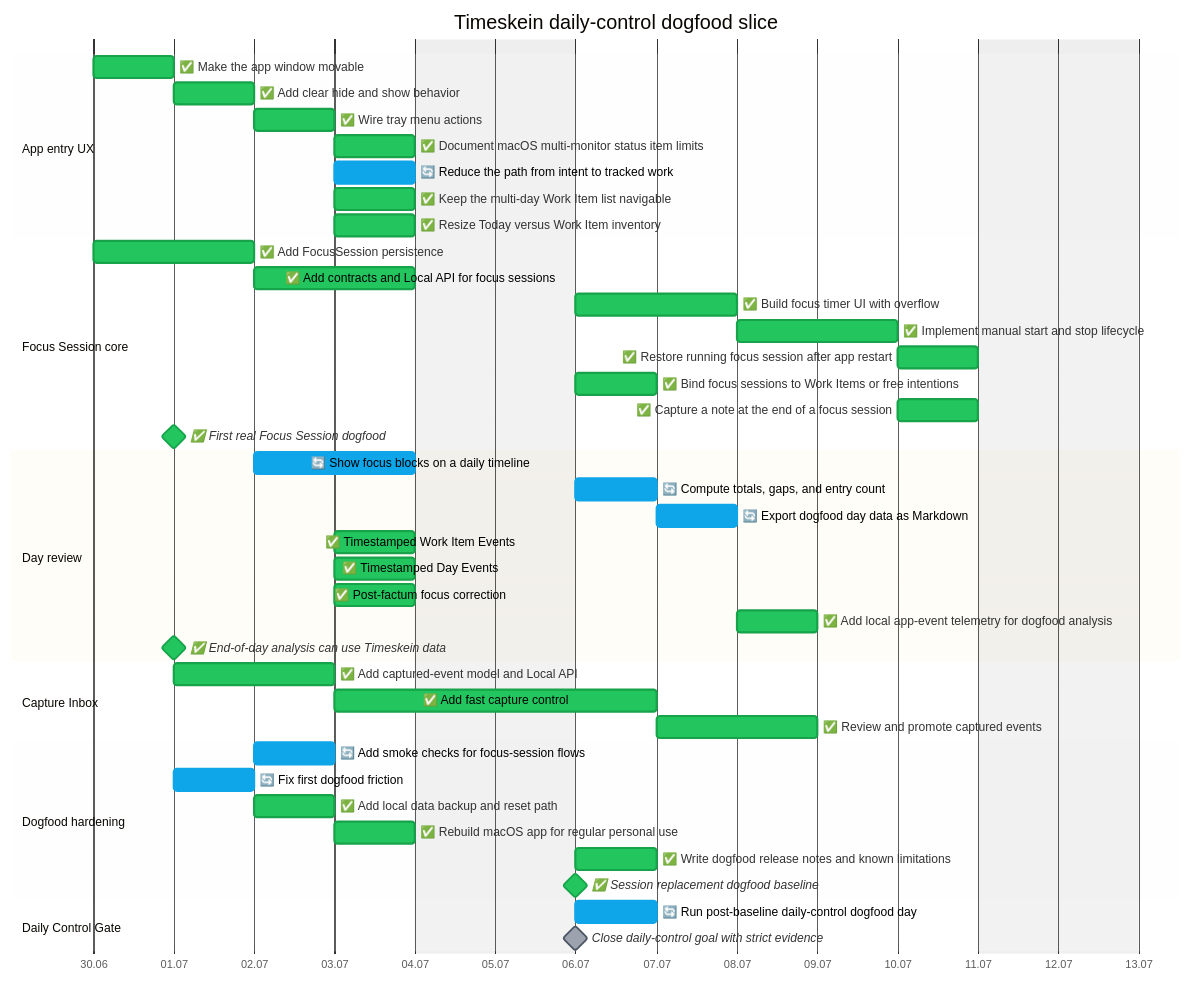
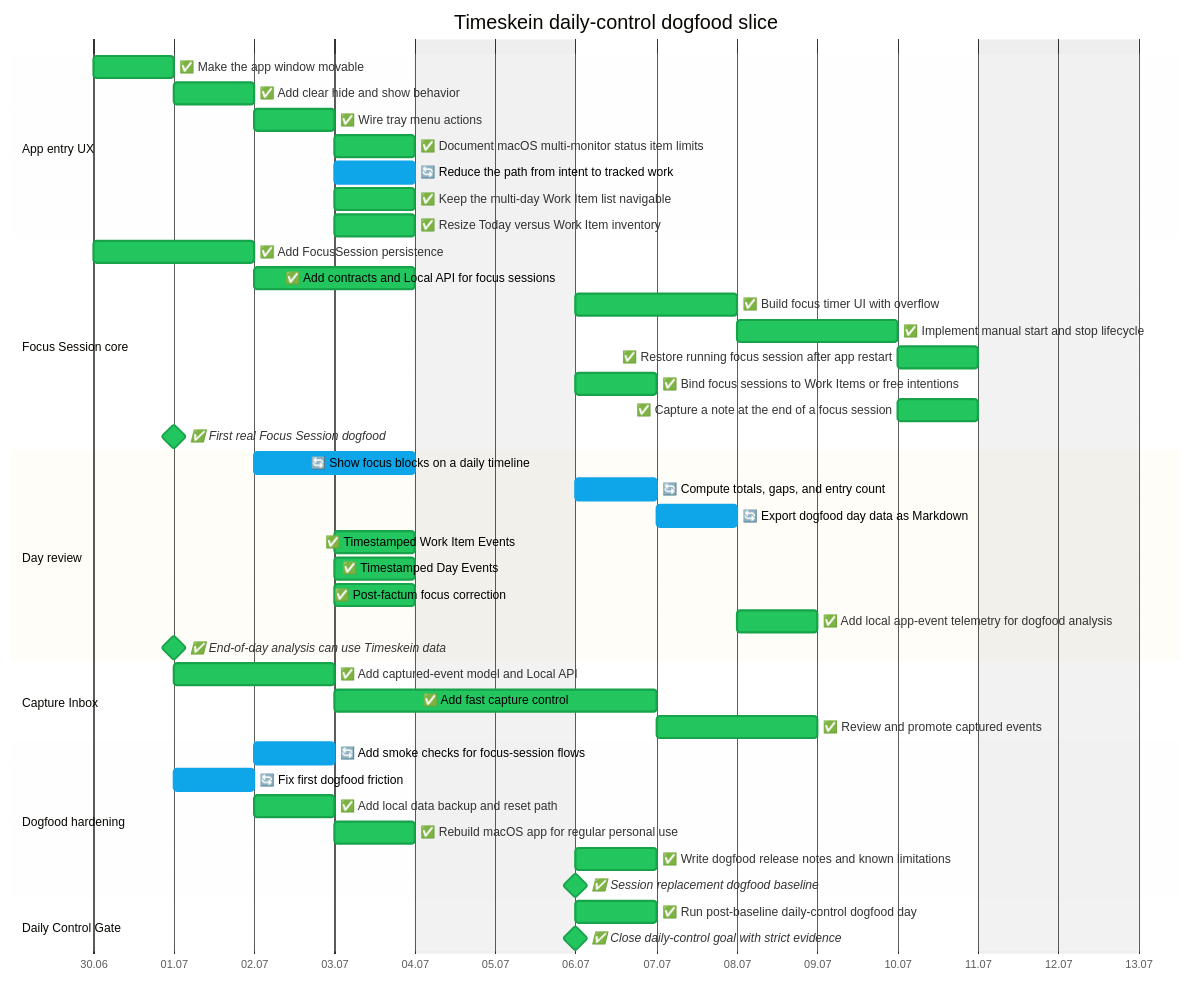
Before and after one commit to asukhodko/timeskein: the second of 2 diagrams in docs/roadmap/opskarta.md, drawn with Mermaid. The commit also changed other lines of this file and 5 other files, not shown here.

Commit message:
docs: close daily control dogfood gate

````diff
--- a/docs/roadmap/opskarta.md
+++ b/docs/roadmap/opskarta.md
@@ -87,50 +90,50 @@
 ```mermaid
 %%{init: {"theme": "base", "themeVariables": {"taskBkgColor": "#9ca3af", "taskBorderColor": "#4b5563", "taskTextColor": "#000000", "taskTextDarkColor": "#000000", "taskTextLightColor": "#000000", "activeTaskBkgColor": "#0ea5e9", "activeTaskBorderColor": "#0ea5e9", "doneTaskBkgColor": "#22c55e", "doneTaskBorderColor": "#16a34a", "critBkgColor": "#fecaca", "critBorderColor": "#fecaca", "todayLineColor": "#ef4444"}} }%%
 
 gantt
     title Timeskein daily-control dogfood slice
     dateFormat YYYY-MM-DD
     axisFormat %d.%m
     excludes weekends
 
     section App entry UX
     ✅ Make the app window movable  :done, ts_ux_entry_window_drag,    2026-06-30, 1d
     ✅ Add clear hide and show behavior  :done, ts_ux_entry_hide_toggle,    2026-07-01, 1d
     ✅ Wire tray menu actions  :done, ts_ux_entry_tray_actions,    2026-07-02, 1d
     ✅ Document macOS multi-monitor status item limits  :done, ts_ux_entry_monitor_policy,    2026-07-03, 1d
     🔄 Reduce the path from intent to tracked work  :active, ts_ux_entry_fast_track_flow,    2026-07-03, 1d
     ✅ Keep the multi-day Work Item list navigable  :done, ts_ux_entry_inventory_modes,    2026-07-03, 1d
     ✅ Resize Today versus Work Item inventory  :done, ts_ux_entry_resizable_today_split,    2026-07-03, 1d
     section Focus Session core
     ✅ Add FocusSession persistence  :done, ts_focus_core_model_migrations,    2026-06-30, 2d
     ✅ Add contracts and Local API for focus sessions  :done, ts_focus_core_contracts_api,    2026-07-02, 2d
     ✅ Build focus timer UI with overflow  :done, ts_focus_core_timer_ui,    2026-07-06, 2d
     ✅ Implement manual start and stop lifecycle  :done, ts_focus_core_session_lifecycle,    2026-07-08, 2d
     ✅ Restore running focus session after app restart  :done, ts_focus_core_restart_restore,    2026-07-10, 1d
     ✅ Bind focus sessions to Work Items or free intentions  :done, ts_focus_core_work_item_binding,    2026-07-06, 1d
     ✅ Capture a note at the end of a focus session  :done, ts_focus_core_session_notes,    2026-07-10, 1d
     ✅ First real Focus Session dogfood  :milestone, done, ts_focus_core_dogfood_gate,    2026-07-01, 0d
     section Day review
     🔄 Show focus blocks on a daily timeline  :active, ts_day_review_timeline,    2026-07-02, 2d
     🔄 Compute totals, gaps, and entry count  :active, ts_day_review_totals_gaps,    2026-07-06, 1d
     🔄 Export dogfood day data as Markdown  :active, ts_day_review_export,    2026-07-07, 1d
     ✅ Timestamped Work Item Events  :done, ts_day_review_work_item_events,    2026-07-03, 1d
     ✅ Timestamped Day Events  :done, ts_day_review_day_events,    2026-07-03, 1d
     ✅ Post-factum focus correction  :done, ts_day_review_corrections,    2026-07-03, 1d
     ✅ Add local app-event telemetry for dogfood analysis  :done, ts_day_review_app_telemetry,    2026-07-08, 1d
     ✅ End-of-day analysis can use Timeskein data  :milestone, done, ts_day_review_analysis_gate,    2026-07-01, 0d
     section Capture Inbox
     ✅ Add captured-event model and Local API  :done, ts_capture_model_api,    2026-07-01, 2d
     ✅ Add fast capture control  :done, ts_capture_quick_ui,    2026-07-03, 2d
     ✅ Review and promote captured events  :done, ts_capture_review_flow,    2026-07-07, 2d
     section Dogfood hardening
     🔄 Add smoke checks for focus-session flows  :active, ts_hardening_smoke,    2026-07-02, 1d
     🔄 Fix first dogfood friction  :active, ts_hardening_post_dogfood_friction,    2026-07-01, 1d
     ✅ Add local data backup and reset path  :done, ts_hardening_backup_reset,    2026-07-02, 1d
     ✅ Rebuild macOS app for regular personal use  :done, ts_hardening_package_app,    2026-07-03, 1d
     ✅ Write dogfood release notes and known limitations  :done, ts_hardening_release_notes,    2026-07-06, 1d
     ✅ Session replacement dogfood baseline  :milestone, done, ts_hardening_dogfood_release,    2026-07-06, 0d
     section Daily Control Gate
-    🔄 Run post-baseline daily-control dogfood day  :active, ts_daily_control_real_day,    2026-07-06, 1d
-    Close daily-control goal with strict evidence  :milestone, ts_daily_control_goal_check,    2026-07-06, 0d
+    ✅ Run post-baseline daily-control dogfood day  :done, ts_daily_control_real_day,    2026-07-06, 1d
+    ✅ Close daily-control goal with strict evidence  :milestone, done, ts_daily_control_goal_check,    2026-07-06, 0d
 ```
````
